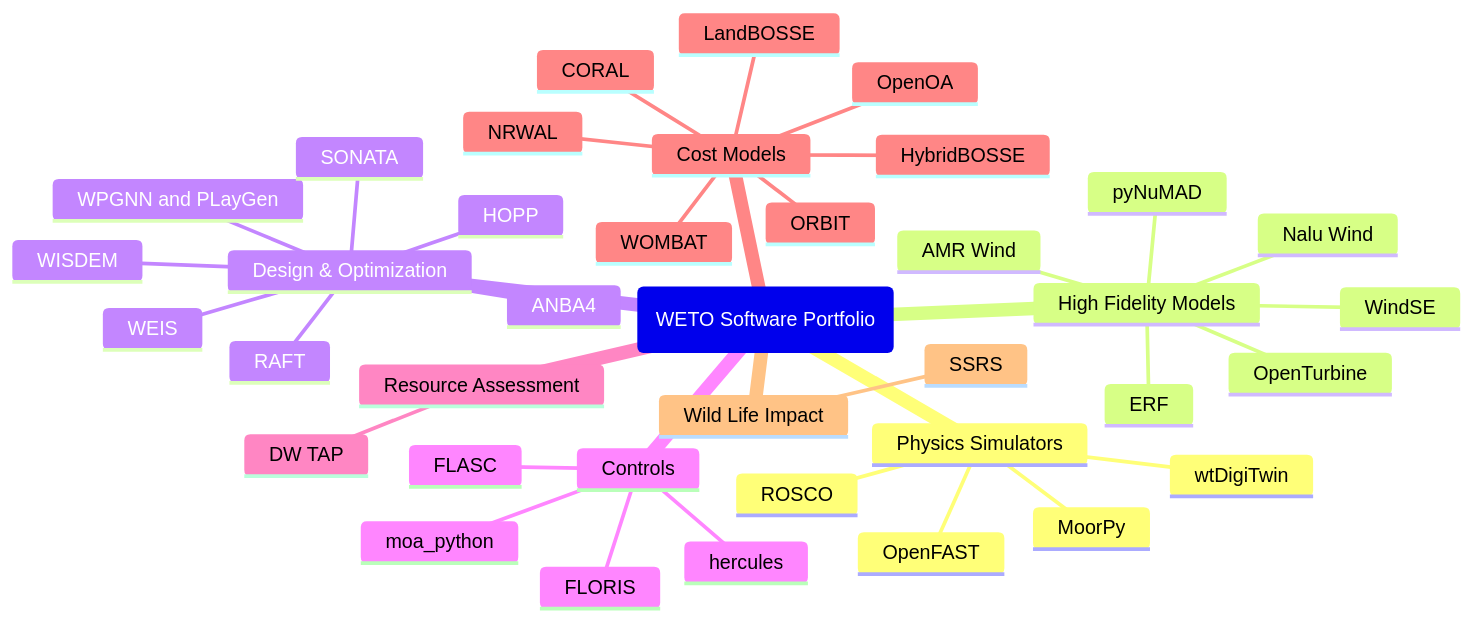
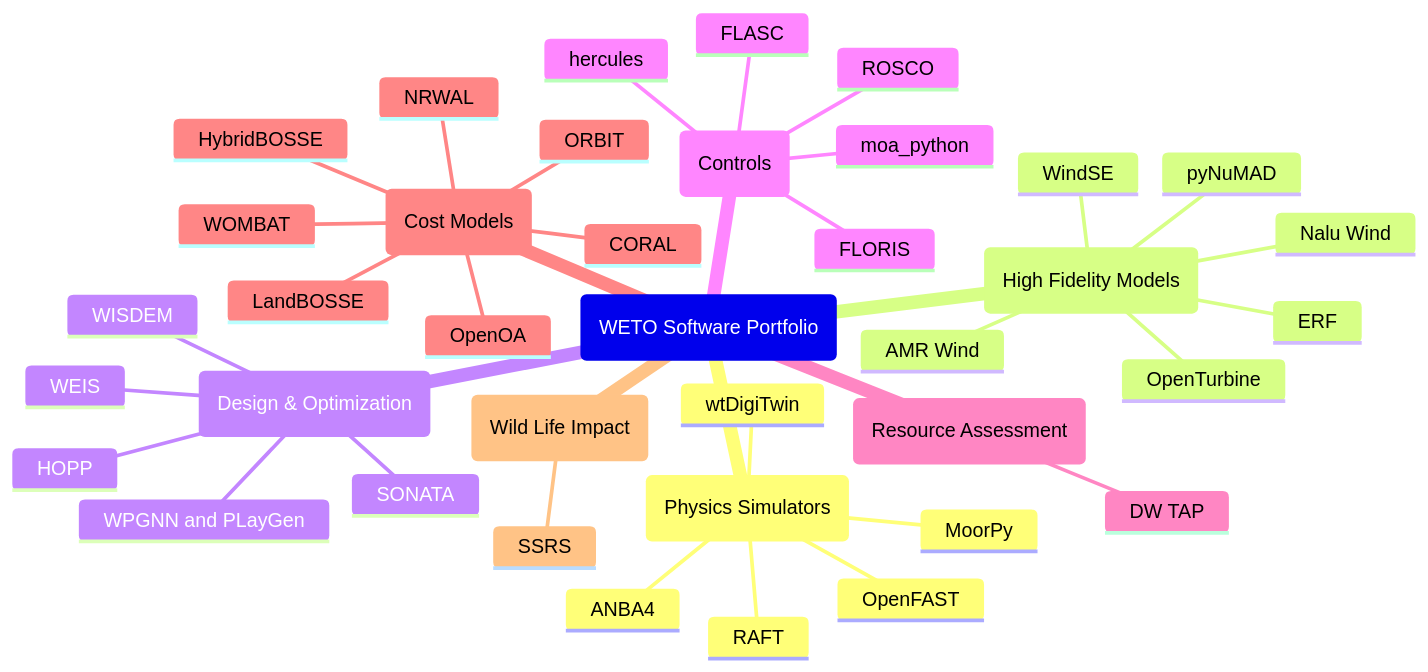
Before and after one commit to kmruehl/WETOStack: the diagram in _sources/capabilities/overview.md, drawn with Mermaid. The commit also changed 1 other file, not shown here.

Commit message:
deploy: 8c6358a07aff44a314dea1291813f5124d1a724e

````diff
--- a/_sources/capabilities/overview.md
+++ b/_sources/capabilities/overview.md
@@ -7,47 +7,47 @@
 ```{mermaid}
 mindmap
     root("WETO Software Portfolio")
-        Physics Simulators
+        ps(Physics Simulators)
             OpenFAST
-            ROSCO
             MoorPy
             wtDigiTwin
+            ANBA4
+            RAFT
 
-        High Fidelity Models
+        hfm(High Fidelity Models)
             AMR Wind
             Nalu Wind
             OpenTurbine
             ERF
             WindSE
             pyNuMAD
 
-        Design & Optimization
+        do(Design & Optimization)
             WEIS
             WISDEM
-            RAFT
             HOPP
             WPGNN and PLayGen
-            ANBA4
             SONATA
 
-        Controls
+        ctrl(Controls)
+            ROSCO
             FLORIS
             FLASC
             hercules
             moa_python
 
-        Resource Assessment
+        ra(Resource Assessment)
             DW TAP
 
-        Cost Models
+        cost(Cost Models)
             LandBOSSE
             HybridBOSSE
             ORBIT
             CORAL
             NRWAL
             WOMBAT
             OpenOA
 
-        Wild Life Impact
+        wild(Wild Life Impact)
             SSRS
 ```
````
